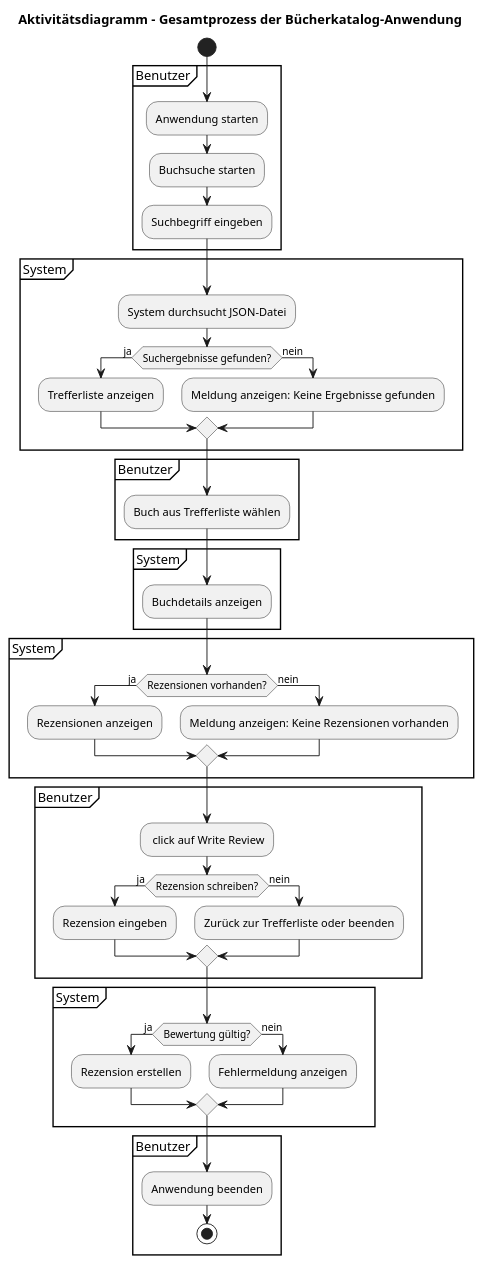
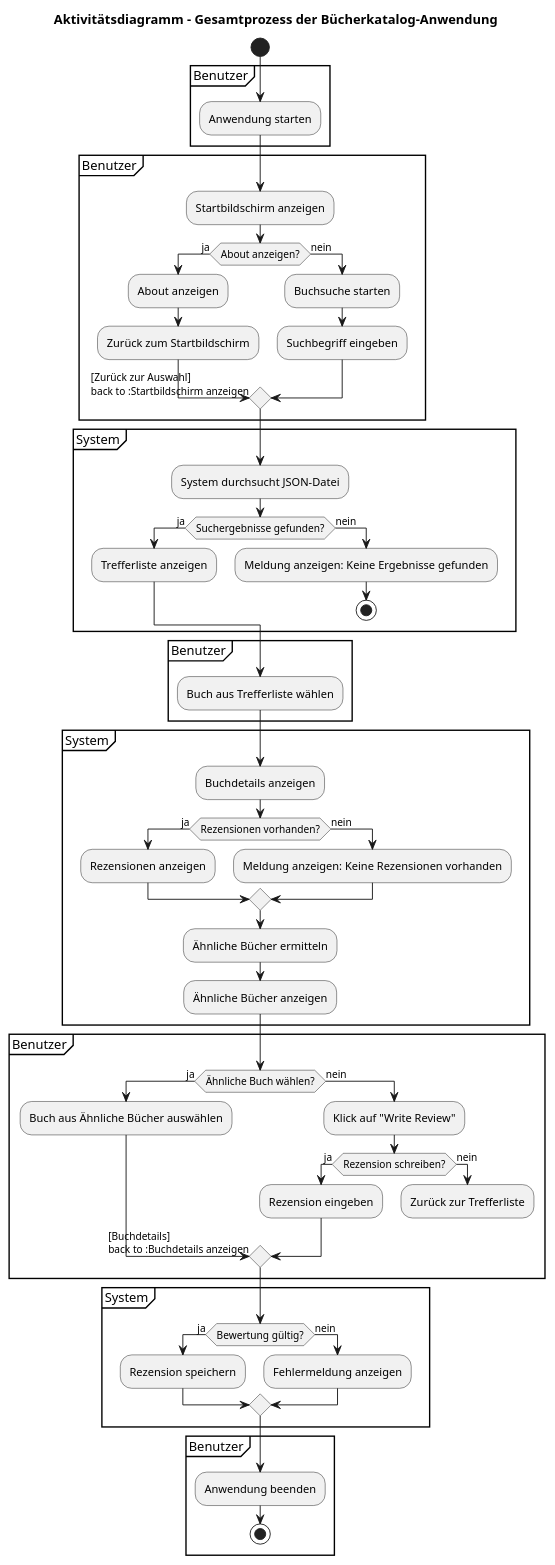
Before and after one commit to MariaRatnikova/Software-Engineering-Litera-Anwendung: the diagram in uml_projekt/aktivitätkomplett.puml, drawn with PlantUML. The commit also changed 418 other files, not shown here.

```diff
--- a/uml_projekt/aktivitätkomplett.puml
+++ b/uml_projekt/aktivitätkomplett.puml
@@ -1,61 +1,77 @@
 @startuml
-' Titel des Diagramms
 title Aktivitätsdiagramm – Gesamtprozess der Bücherkatalog-Anwendung
+
 start
-' Partitionen definieren
+
 partition Benutzer {
   :Anwendung starten;
-  :Buchsuche starten;
-  :Suchbegriff eingeben;
+}
+
+partition Benutzer {
+  :Startbildschirm anzeigen;
+  if (About anzeigen?) then (ja)
+    :About anzeigen;
+    :Zurück zum Startbildschirm;
+    -> [Zurück zur Auswahl] 
+    back to :Startbildschirm anzeigen;
+  else (nein)
+    :Buchsuche starten;
+    :Suchbegriff eingeben;
+  endif
 }
 
 partition System {
   :System durchsucht JSON-Datei;
   if (Suchergebnisse gefunden?) then (ja)
     :Trefferliste anzeigen;
   else (nein)
     :Meldung anzeigen: Keine Ergebnisse gefunden;
+    stop
   endif
 }
 
 partition Benutzer {
   :Buch aus Trefferliste wählen;
 }
 
 partition System {
-    :Buchdetails anzeigen;
-}
-
-
-partition System {
-    if (Rezensionen vorhanden?) then (ja)
-      :Rezensionen anzeigen;
-    else (nein)
-      :Meldung anzeigen: Keine Rezensionen vorhanden;
+  :Buchdetails anzeigen;
+  if (Rezensionen vorhanden?) then (ja)
+    :Rezensionen anzeigen;
+  else (nein)
+    :Meldung anzeigen: Keine Rezensionen vorhanden;
   endif
+  :Ähnliche Bücher ermitteln;
+  :Ähnliche Bücher anzeigen;
 }
 
 partition Benutzer {
-  : click auf Write Review;
-  if (Rezension schreiben?) then (ja)
-    :Rezension eingeben;
+  if (Ähnliche Buch wählen?) then (ja)
+    :Buch aus Ähnliche Bücher auswählen;
+    -> [Buchdetails] 
+    back to :Buchdetails anzeigen;
   else (nein)
-    :Zurück zur Trefferliste oder beenden;
+    :Klick auf "Write Review";
+    if (Rezension schreiben?) then (ja)
+      :Rezension eingeben;
+    else (nein)
+      :Zurück zur Trefferliste;
+      detach
+    endif
   endif
 }
 
 partition System {
   if (Bewertung gültig?) then (ja)
-  :Rezension erstellen;
-else (nein)
-  :Fehlermeldung anzeigen;
-endif
-
+    :Rezension speichern;
+  else (nein)
+    :Fehlermeldung anzeigen;
+  endif
 }
 
 partition Benutzer {
   :Anwendung beenden;
   stop
 }
 
 @enduml
```
